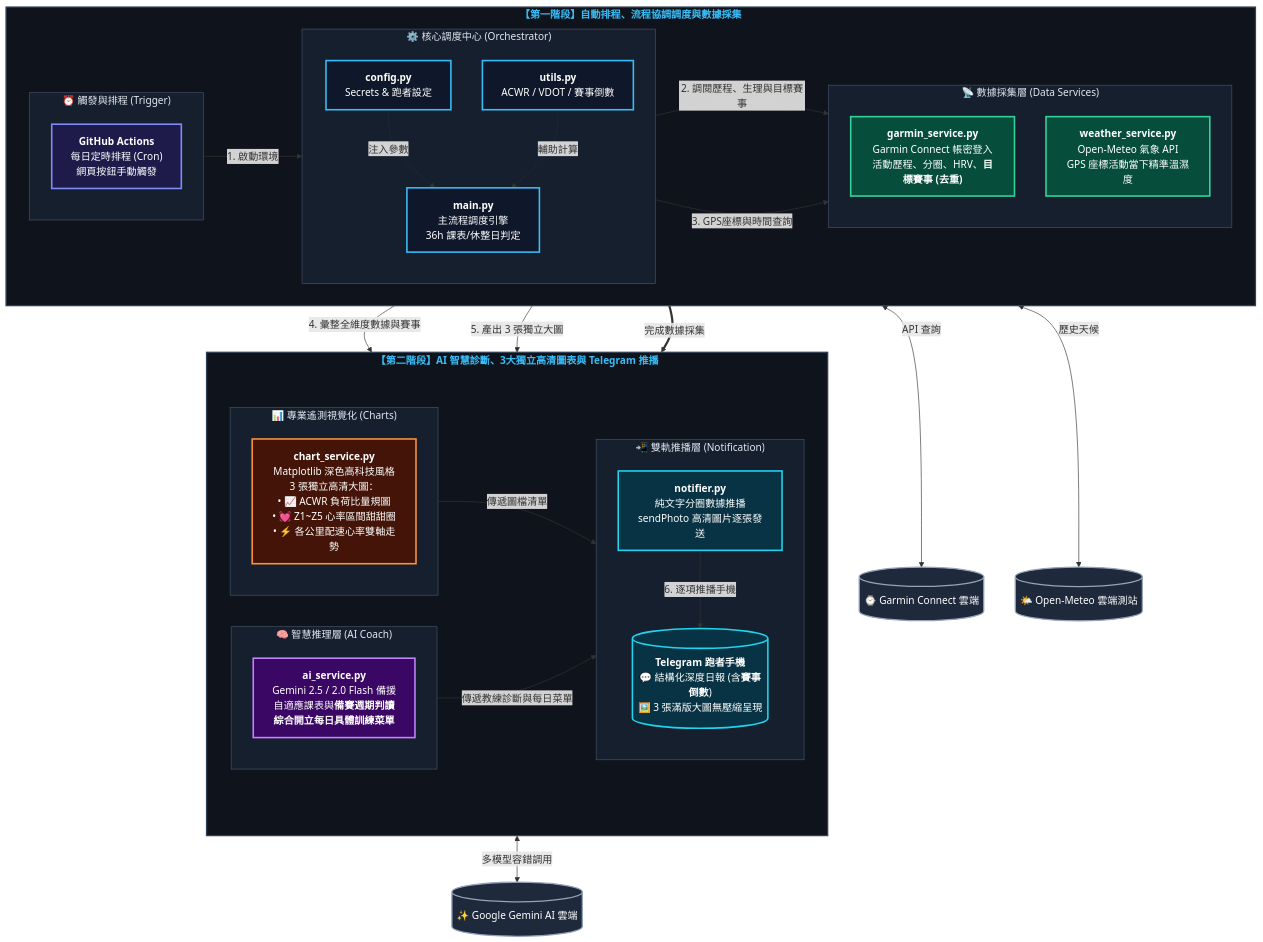
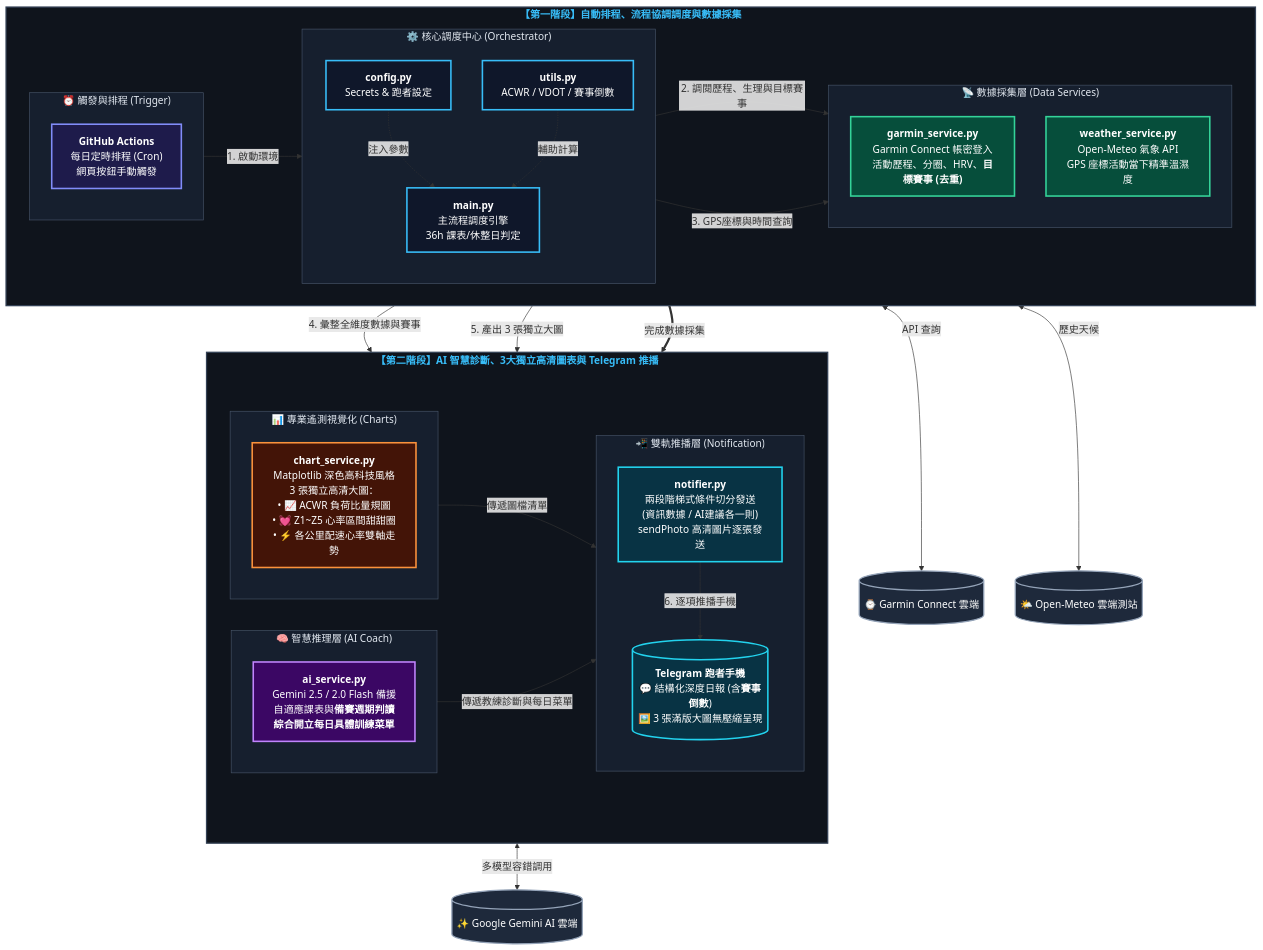
The diagram in README.md (flin1009/AI_Coach), drawn with Mermaid before and after one commit. The commit also changed other lines of this file, not shown here.

```diff
--- a/README.md
+++ b/README.md
@@ -60,7 +60,7 @@
 
         subgraph G_PUSH["📲 雙軌推播層 (Notification)"]
             direction TB
-            NOTIFY["<b>notifier.py</b><br/>純文字分圈數據推播<br/>sendPhoto 高清圖片逐張發送"]
+            NOTIFY["<b>notifier.py</b><br/>兩段階梯式條件切分發送<br/>(資訊數據 / AI建議各一則)<br/>sendPhoto 高清圖片逐張發送"]
             TG[("<b>Telegram 跑者手機</b><br/>💬 結構化深度日報 (含<b>賽事倒數</b>)<br/>🖼️ 3 張滿版大圖無壓縮呈現")]
         end
     end
```
